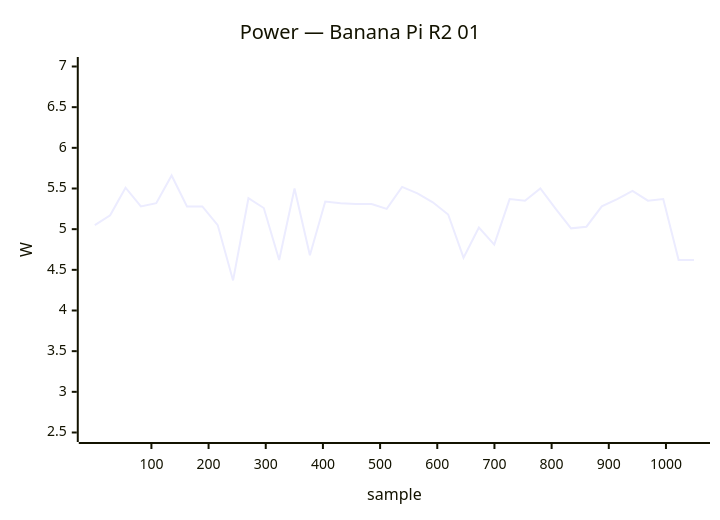
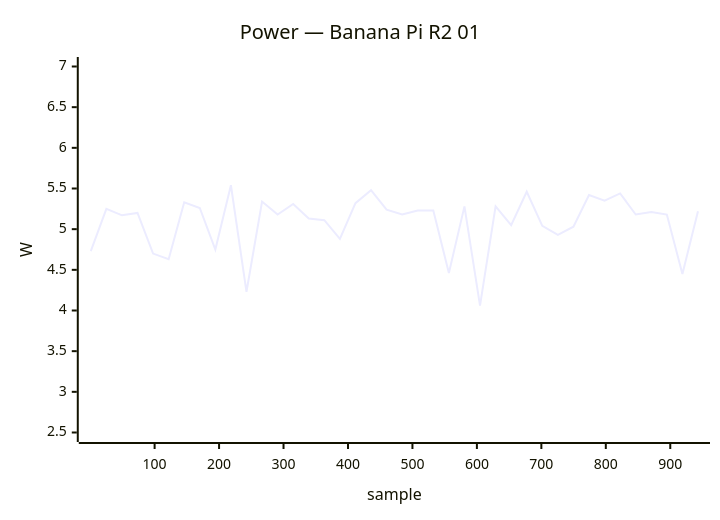
One commit to armbian/documentation changed diagram 11 of 41 in docs/status/board-tests.md. Above: the diagram before and after it, drawn with Mermaid. The commit also changed other lines of this file, not shown here.

````diff
--- a/docs/status/board-tests.md
+++ b/docs/status/board-tests.md
@@ -347,7 +427,7 @@
 ```mermaid
 xychart-beta
     title "Power — Banana Pi R2 01"
-    x-axis "sample" 1 --> 1049
+    x-axis "sample" 1 --> 943
     y-axis "W" 2.5 --> 7.0
-    line [5.05, 5.17, 5.51, 5.28, 5.32, 5.66, 5.28, 5.28, 5.05, 4.37, 5.38, 5.26, 4.62, 5.50, 4.68, 5.34, 5.32, 5.31, 5.31, 5.25, 5.52, 5.44, 5.33, 5.18, 4.65, 5.02, 4.81, 5.37, 5.35, 5.50, 5.25, 5.01, 5.03, 5.28, 5.37, 5.47, 5.35, 5.37, 4.62, 4.62]
+    line [4.73, 5.25, 5.17, 5.20, 4.70, 4.63, 5.33, 5.26, 4.75, 5.54, 4.23, 5.34, 5.18, 5.31, 5.13, 5.11, 4.88, 5.32, 5.48, 5.24, 5.18, 5.23, 5.23, 4.46, 5.28, 4.06, 5.28, 5.05, 5.46, 5.04, 4.93, 5.03, 5.42, 5.35, 5.44, 5.18, 5.21, 5.18, 4.45, 5.22]
 ```
````
